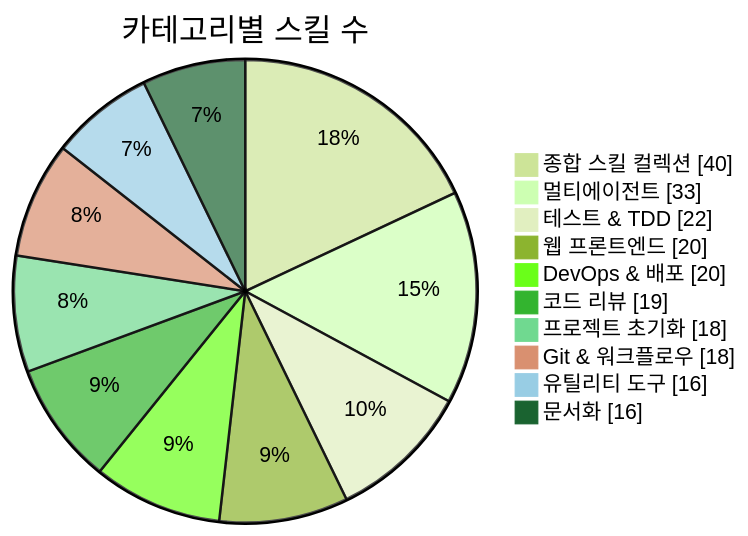
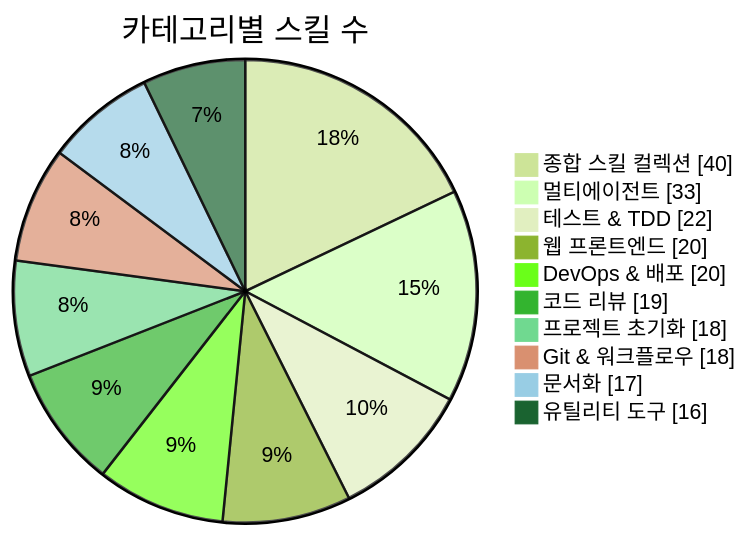
One commit to J-nowcow/awesome-korean-agent-skills changed the first of 3 diagrams in README.md. Above: the diagram before and after it, drawn with Mermaid (forest theme). The commit also changed other lines of this file and 4 other files, not shown here.

````diff
--- a/README.md
+++ b/README.md
@@ -176,14 +176,14 @@
 ```mermaid
 pie showData
     title 카테고리별 스킬 수
     "종합 스킬 컬렉션" : 40
     "멀티에이전트" : 33
     "테스트 & TDD" : 22
     "웹 프론트엔드" : 20
     "DevOps & 배포" : 20
     "코드 리뷰" : 19
     "프로젝트 초기화" : 18
     "Git & 워크플로우" : 18
+    "문서화" : 17
     "유틸리티 도구" : 16
-    "문서화" : 16
 ```
````
